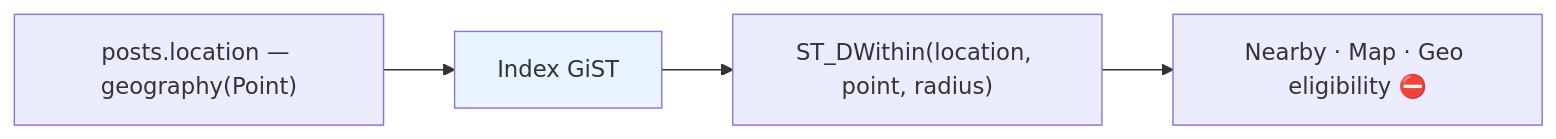
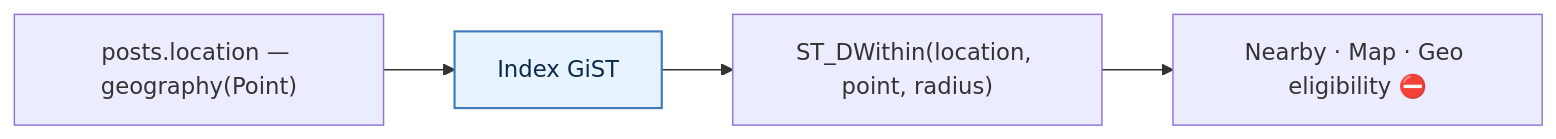
One commit to fdshn/trueheart changed the fourth of 4 diagrams in docs/diagram/27-database.md. Above: the diagram before and after it, drawn with Mermaid. The commit also changed other lines of this file and 30 other files, not shown here.

First line of the commit message:
docs(diagram): chữ trong khối tô màu đọc được ở cả giao diện sáng và tối

````diff
--- a/docs/diagram/27-database.md
+++ b/docs/diagram/27-database.md
@@ -133,8 +133,8 @@
 ```mermaid
 flowchart LR
     A["posts.location — geography(Point)"] --> B["Index GiST"]
     B --> C["ST_DWithin(location, point, radius)"]
     C --> D["Nearby · Map · Geo eligibility ⛔"]
 
-    style B fill:#e7f3ff
+    style B fill:#e7f3ff,stroke:#3d7ab8,stroke-width:1.5px,color:#0d2a4a
 ```
````
